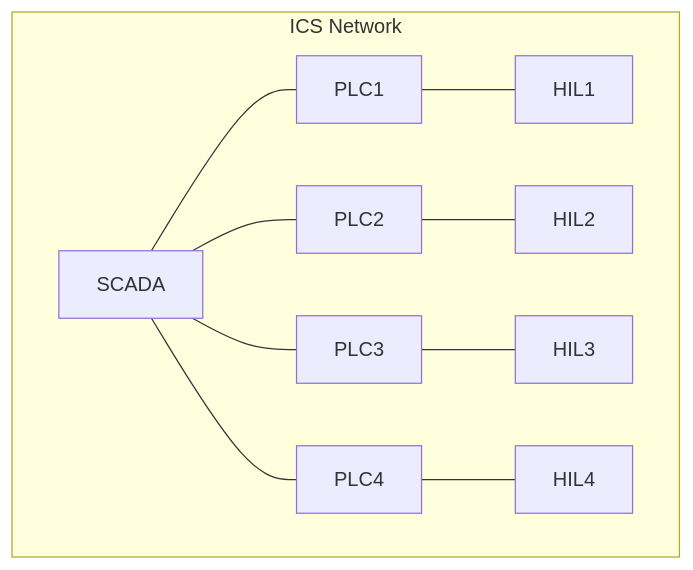
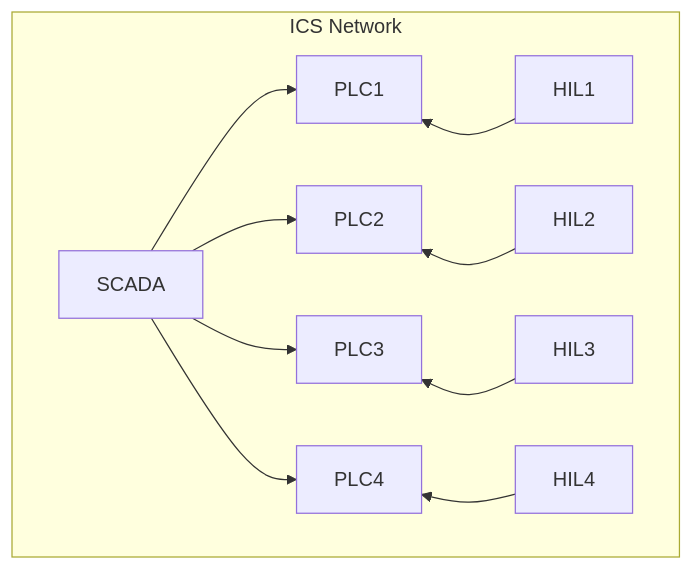
The diagram in docs/unsafe.md (Tragyt/ICS), drawn with Mermaid before and after one commit. The commit also changed 3 other files, not shown here.

````diff
--- a/docs/unsafe.md
+++ b/docs/unsafe.md
@@ -35,32 +33,41 @@
 ```mermaid
 flowchart TB
 
 subgraph ICS Network
 
 SCADA[SCADA]
 
 direction LR
 
 PLC1[PLC1]
 HIL1[HIL1]
+HIL1 --> PLC1
 PLC1 --- HIL1
 
 PLC2[PLC2]
 HIL2[HIL2]
+HIL2 --> PLC2
 PLC2 --- HIL2
 
 PLC3[PLC3]
 HIL3[HIL3]
+HIL3 --> PLC3
 PLC3 --- HIL3
 
 PLC4[PLC4]
 HIL4[HIL4]
+HIL4 --> PLC4
 PLC4 --- HIL4
 
 end
 
-SCADA --- PLC1
-SCADA --- PLC2
-SCADA --- PLC3
-SCADA --- PLC4
+SCADA --> PLC1
+SCADA --> PLC2
+SCADA --> PLC3
+SCADA --> PLC4
+
+linkStyle 1 stroke: transparent
+linkStyle 3 stroke: transparent
+linkStyle 5 stroke: transparent
+linkStyle 7 stroke: transparent
 ```
````
